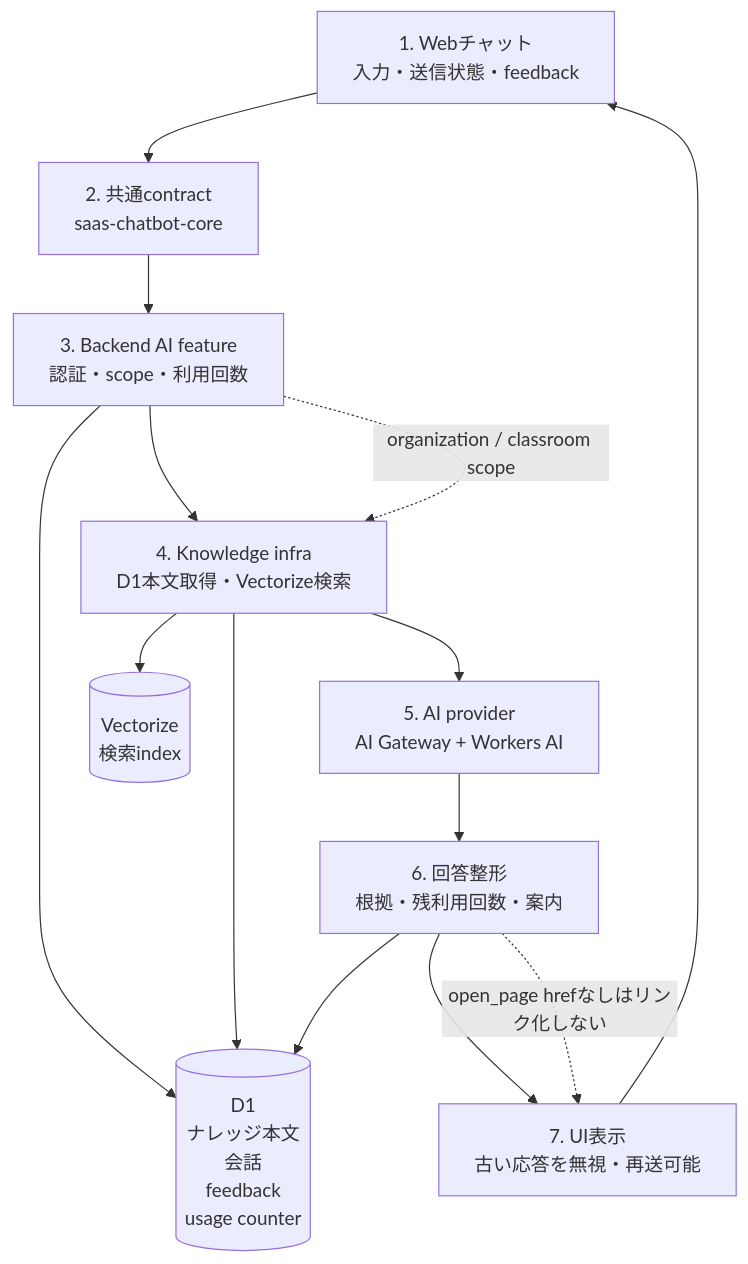
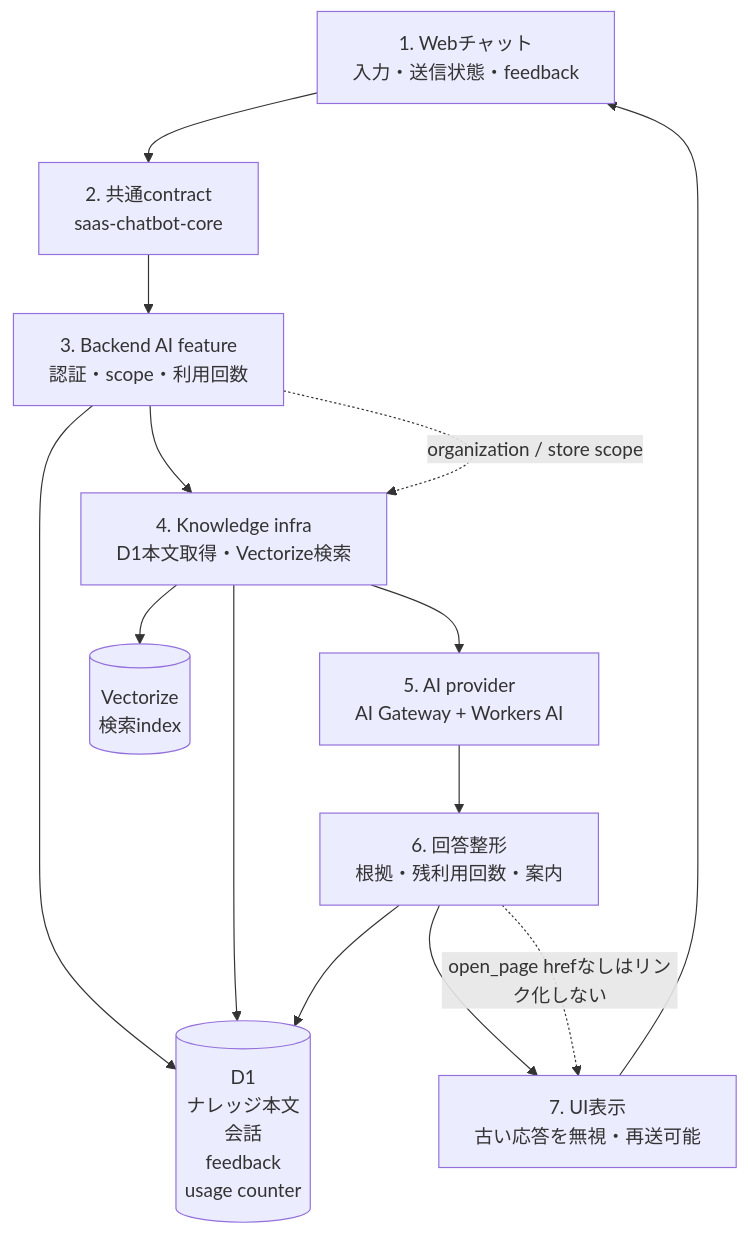
One commit to yuu19/reserve-app changed the diagram in apps/docs/static/manuals/common-ai-chatbot/ai-chatbot-rag-flow.mmd. Above: the diagram before and after it, drawn with Mermaid. The commit also changed 218 other files, not shown here.

```diff
--- a/apps/docs/static/manuals/common-ai-chatbot/ai-chatbot-rag-flow.mmd
+++ b/apps/docs/static/manuals/common-ai-chatbot/ai-chatbot-rag-flow.mmd
@@ -1,24 +1,24 @@
 flowchart TB
   web["1. Webチャット<br/>入力・送信状態・feedback"]
   core["2. 共通contract<br/>saas-chatbot-core"]
   route["3. Backend AI feature<br/>認証・scope・利用回数"]
   search["4. Knowledge infra<br/>D1本文取得・Vectorize検索"]
   provider["5. AI provider<br/>AI Gateway + Workers AI"]
   answer["6. 回答整形<br/>根拠・残利用回数・案内"]
   ui["7. UI表示<br/>古い応答を無視・再送可能"]
   store[("D1<br/>ナレッジ本文<br/>会話<br/>feedback<br/>usage counter")]
   vector[("Vectorize<br/>検索index")]
 
   web --> core --> route
   route --> store
   route --> search
   search --> store
   search --> vector
   search --> provider
   provider --> answer
   answer --> store
   answer --> ui
   ui --> web
 
-  route -. "organization / classroom scope" .-> search
+  route -. "organization / store scope" .-> search
   answer -. "open_page hrefなしはリンク化しない" .-> ui
```
